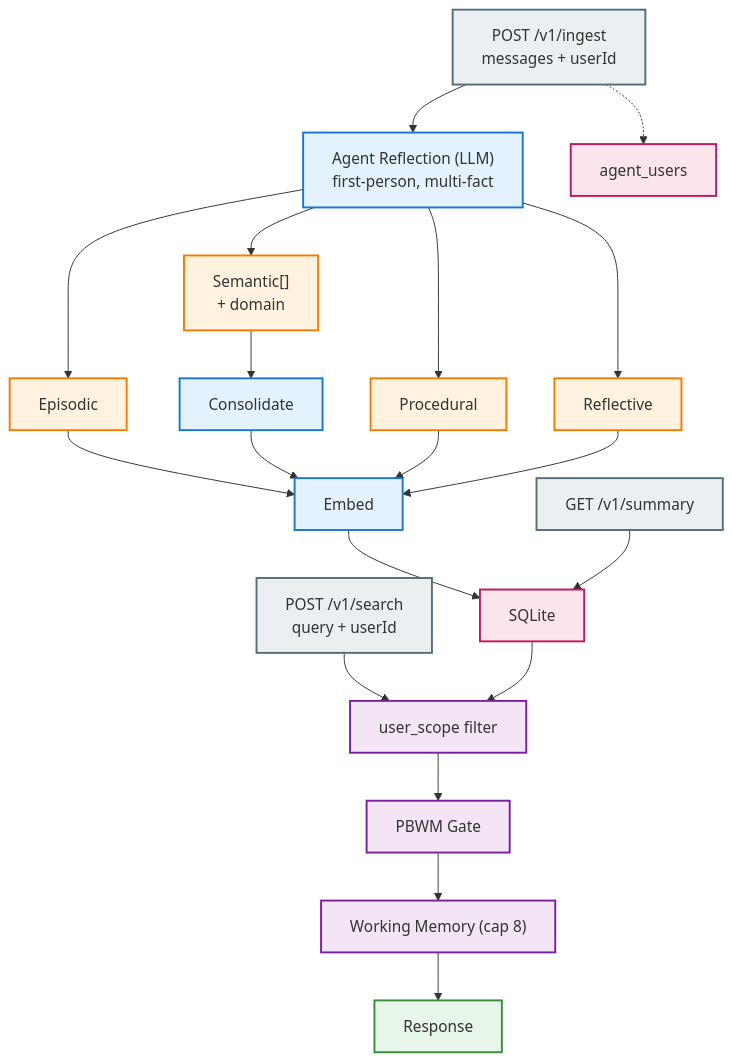
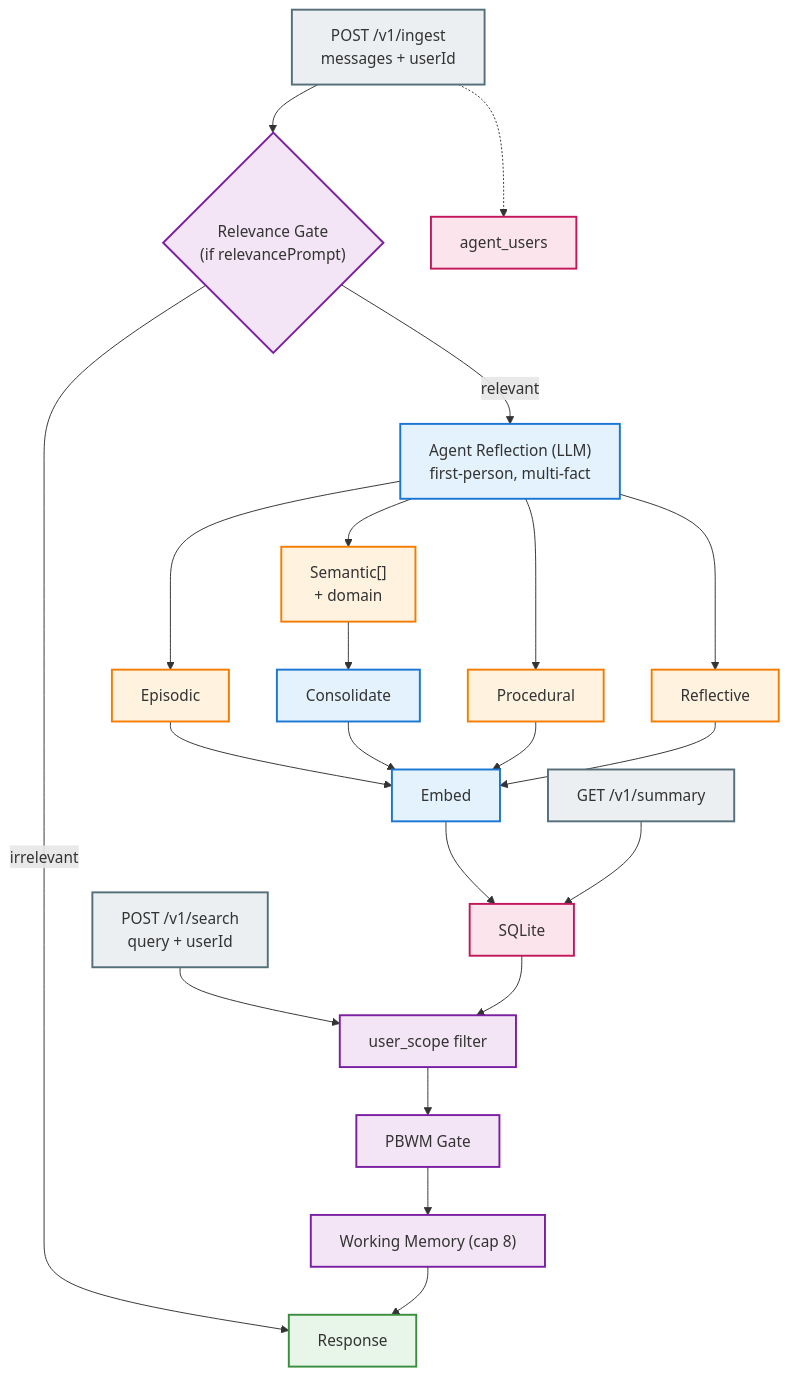
One commit to ekailabs/ekai-gateway changed the first of 4 diagrams in memory/README.md. Above: the diagram before and after it, drawn with Mermaid. The commit also changed other lines of this file and 6 other files, not shown here.

First line of the commit message:
Add relevance gate for per-agent content filtering

````diff
--- a/memory/README.md
+++ b/memory/README.md
@@ -97,39 +98,41 @@
 ```mermaid
 graph TB
   classDef input fill:#eceff1,stroke:#546e7a,stroke-width:2px
   classDef process fill:#e3f2fd,stroke:#1976d2,stroke-width:2px
   classDef sector fill:#fff3e0,stroke:#f57c00,stroke-width:2px
   classDef store fill:#fce4ec,stroke:#c2185b,stroke-width:2px
   classDef engine fill:#f3e5f5,stroke:#7b1fa2,stroke-width:2px
   classDef output fill:#e8f5e9,stroke:#388e3c,stroke-width:2px
 
   IN["POST /v1/ingest<br>messages + userId"]:::input
+  RG{"Relevance Gate<br>(if relevancePrompt)"}:::engine
   EXT["Agent Reflection (LLM)<br>first-person, multi-fact"]:::process
 
   EP["Episodic"]:::sector
   SE["Semantic[]<br>+ domain"]:::sector
   PR["Procedural"]:::sector
   RE["Reflective"]:::sector
 
   EMB["Embed"]:::process
   CON["Consolidate"]:::process
   DB["SQLite"]:::store
   AU["agent_users"]:::store
 
   SEARCH["POST /v1/search<br>query + userId"]:::input
   SCOPE["user_scope filter"]:::engine
   PBWM["PBWM Gate"]:::engine
   WM["Working Memory (cap 8)"]:::engine
   OUT["Response"]:::output
   SUM["GET /v1/summary"]:::input
 
-  IN --> EXT
+  IN --> RG -->|relevant| EXT
+  RG -->|irrelevant| OUT
   EXT --> EP & SE & PR & RE
   SE --> CON
   EP & CON & PR & RE --> EMB --> DB
   IN -.-> AU
 
   SEARCH --> SCOPE --> PBWM --> WM --> OUT
   DB --> SCOPE
   SUM --> DB
 ```
````
